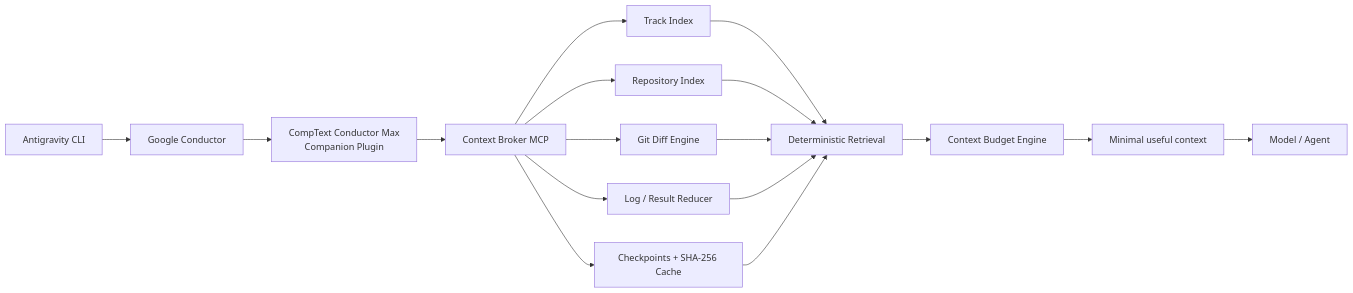
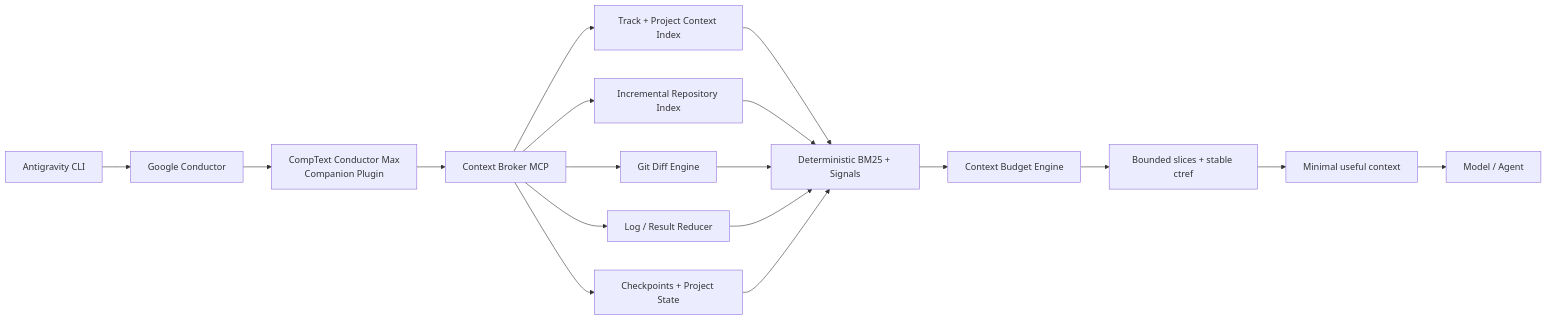
The first of 5 diagrams in README.md (ProfRandom92/comptext-conductor-max), drawn with Mermaid before and after one commit. The commit also changed other lines of this file, not shown here.

````diff
--- a/README.md
+++ b/README.md
@@ -43,22 +43,23 @@
 ```mermaid
 flowchart LR
     AG["Antigravity CLI"] --> C["Google Conductor"]
     C --> P["CompText Conductor Max<br/>Companion Plugin"]
     P --> MCP["Context Broker MCP"]
 
-    MCP --> TI["Track Index"]
-    MCP --> RI["Repository Index"]
+    MCP --> TI["Track + Project Context Index"]
+    MCP --> RI["Incremental Repository Index"]
     MCP --> GI["Git Diff Engine"]
     MCP --> LR["Log / Result Reducer"]
-    MCP --> CP["Checkpoints + SHA-256 Cache"]
+    MCP --> CP["Checkpoints + Project State"]
 
-    TI --> RET["Deterministic Retrieval"]
+    TI --> RET["Deterministic BM25 + Signals"]
     RI --> RET
     GI --> RET
     LR --> RET
     CP --> RET
 
     RET --> BUD["Context Budget Engine"]
-    BUD --> OUT["Minimal useful context"]
+    BUD --> REF["Bounded slices + stable ctref"]
+    REF --> OUT["Minimal useful context"]
     OUT --> MODEL["Model / Agent"]
 ```
````
